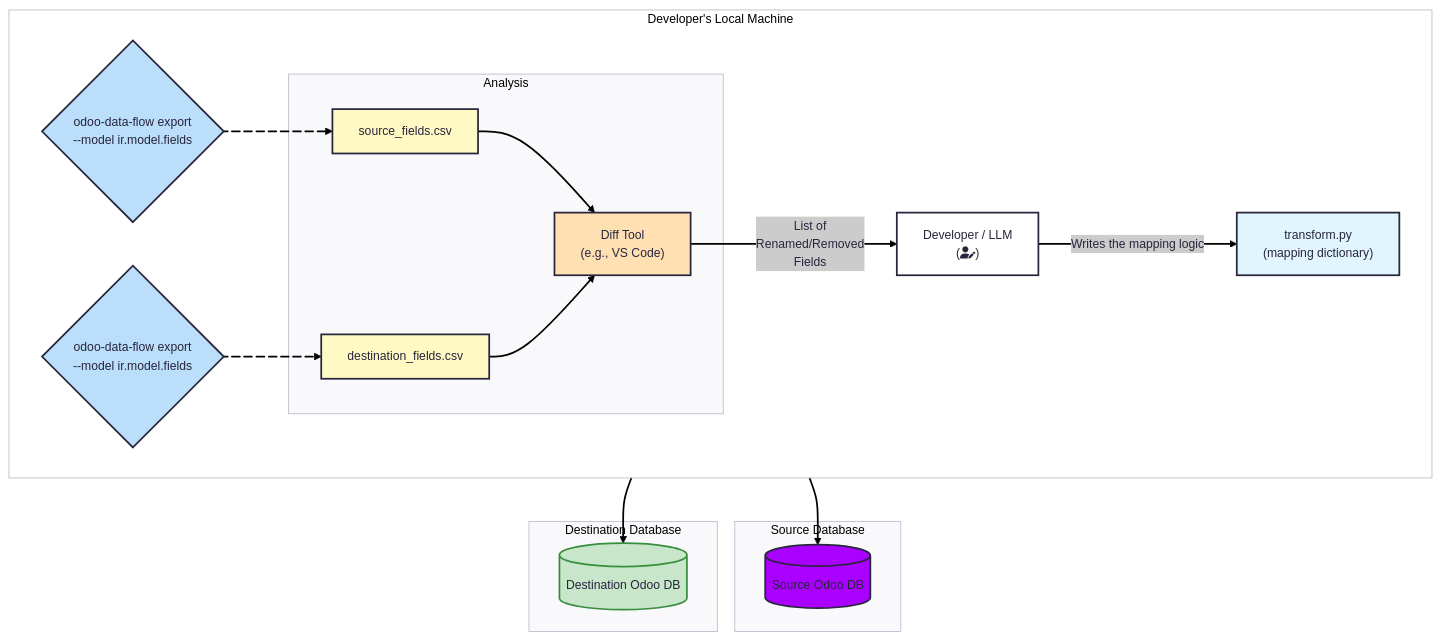
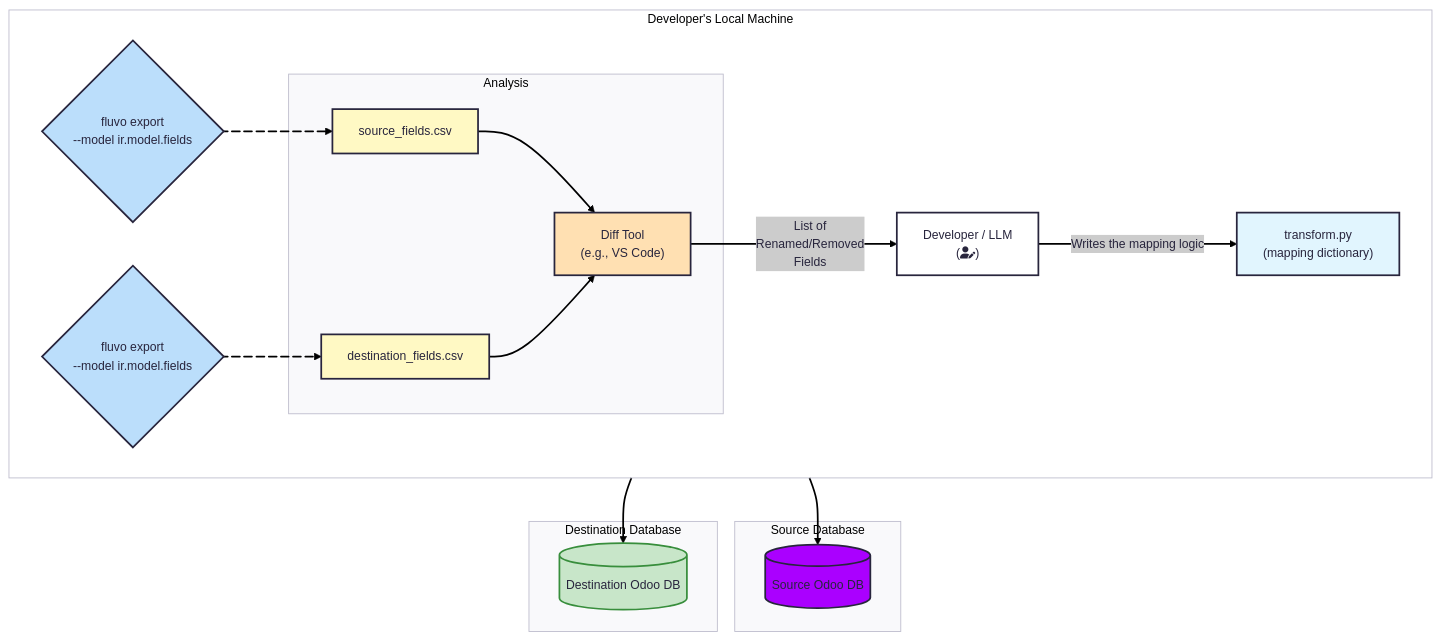
Before and after one commit to GetFluvo/fluvo: the diagram in docs/guides/field_mapping_workflow.md, drawn with Mermaid. The commit also changed other lines of this file and 144 other files, not shown here.

Commit message:
Rebrand odoo-data-flow → Fluvo; add LGPL attribution (odoo_csv_import) & CLA

````diff
--- a/docs/guides/field_mapping_workflow.md
+++ b/docs/guides/field_mapping_workflow.md
@@ -17,43 +17,43 @@
 ```{mermaid}
 ---
 config:
   theme: redux
 ---
 flowchart TD
  subgraph subGraph0["Source Database"]
         A[("Source Odoo DB")]
   end
  subgraph subGraph1["Destination Database"]
         B[("Destination Odoo DB")]
   end
  subgraph Analysis["Analysis"]
         G["Diff Tool<br>(e.g., VS Code)"]
         E["source_fields.csv"]
         F["destination_fields.csv"]
   end
  subgraph subGraph3["Developer's Local Machine"]
     direction LR
-        C{"odoo-data-flow export<br>--model ir.model.fields"}
-        D{"odoo-data-flow export<br>--model ir.model.fields"}
+        C{"fluvo export<br>--model ir.model.fields"}
+        D{"fluvo export<br>--model ir.model.fields"}
         Analysis
         H["Developer / LLM<br>(fa:fa-user-edit)"]
         I["transform.py<br>(mapping dictionary)"]
   end
     C --> A & E
     D --> B & F
     E --> G
     F --> G
     G -- List of<br>Renamed/Removed<br>Fields --> H
     H -- Writes the mapping logic --> I
     style A fill:#AA00FF
     style B fill:#C8E6C9,stroke:#388E3C
     style G fill:#FFE0B2
     style E fill:#FFF9C4
     style F fill:#FFF9C4
     style C fill:#BBDEFB
     style D fill:#BBDEFB
     style I fill:#E1F5FE
     style subGraph3 fill:transparent
     L_C_E_0@{ animation: slow }
     L_D_F_0@{ animation: slow }
 ```
````
